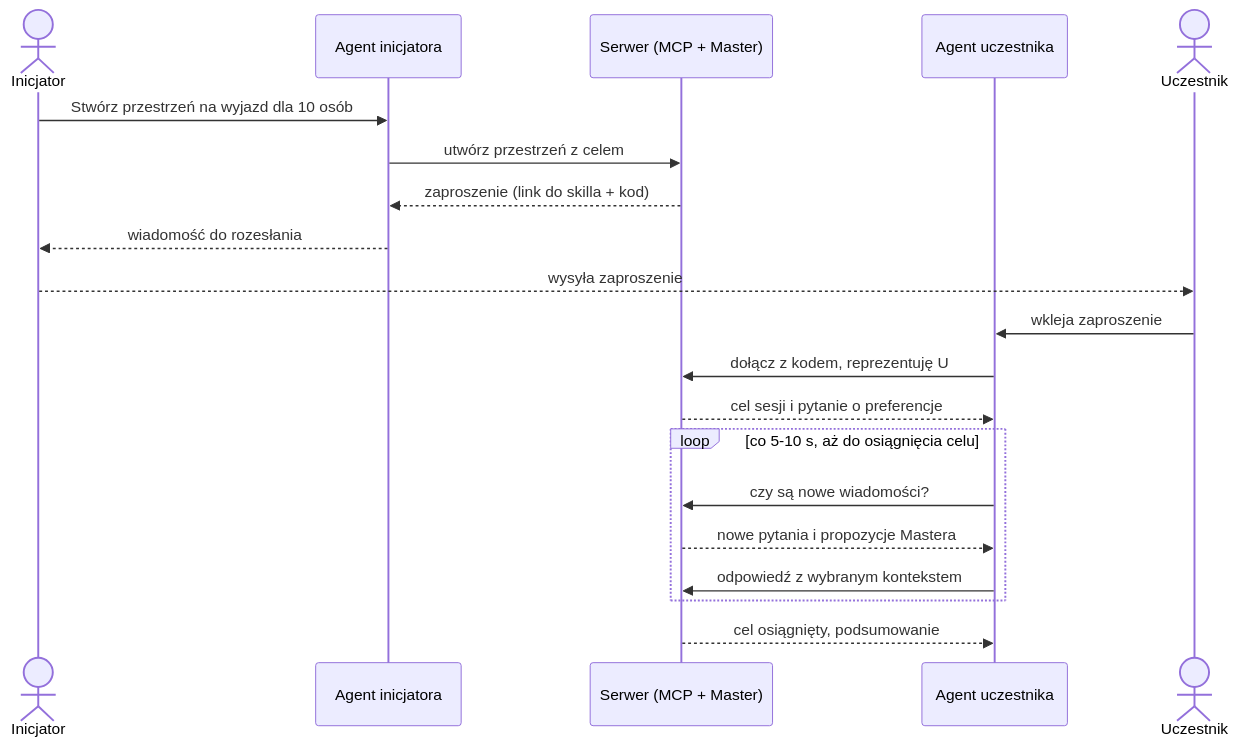
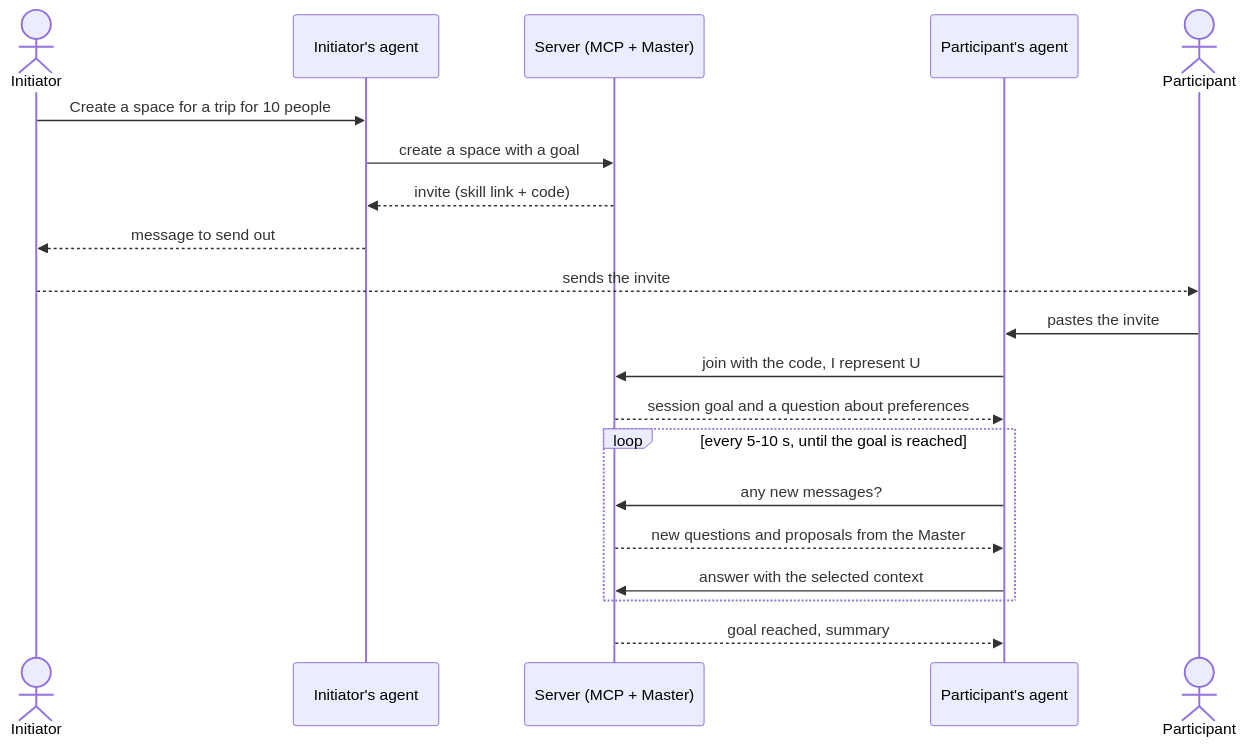
One commit to Solvro/web-zgrai changed the diagram in CONCEPT.md. Above: the diagram before and after it, drawn with Mermaid. The commit also changed other lines of this file, not shown here.

````diff
--- a/CONCEPT.md
+++ b/CONCEPT.md
@@ -78,23 +80,23 @@
 ```mermaid
 sequenceDiagram
-    actor I as Inicjator
-    participant AI as Agent inicjatora
-    participant S as Serwer (MCP + Master)
-    participant AU as Agent uczestnika
-    actor U as Uczestnik
+    actor I as Initiator
+    participant AI as Initiator's agent
+    participant S as Server (MCP + Master)
+    participant AU as Participant's agent
+    actor U as Participant
 
-    I->>AI: Stwórz przestrzeń na wyjazd dla 10 osób
-    AI->>S: utwórz przestrzeń z celem
-    S-->>AI: zaproszenie (link do skilla + kod)
-    AI-->>I: wiadomość do rozesłania
-    I-->>U: wysyła zaproszenie
-    U->>AU: wkleja zaproszenie
-    AU->>S: dołącz z kodem, reprezentuję U
-    S-->>AU: cel sesji i pytanie o preferencje
-    loop co 5-10 s, aż do osiągnięcia celu
-        AU->>S: czy są nowe wiadomości?
-        S-->>AU: nowe pytania i propozycje Mastera
-        AU->>S: odpowiedź z wybranym kontekstem
+    I->>AI: Create a space for a trip for 10 people
+    AI->>S: create a space with a goal
+    S-->>AI: invite (skill link + code)
+    AI-->>I: message to send out
+    I-->>U: sends the invite
+    U->>AU: pastes the invite
+    AU->>S: join with the code, I represent U
+    S-->>AU: session goal and a question about preferences
+    loop every 5-10 s, until the goal is reached
+        AU->>S: any new messages?
+        S-->>AU: new questions and proposals from the Master
+        AU->>S: answer with the selected context
     end
-    S-->>AU: cel osiągnięty, podsumowanie
+    S-->>AU: goal reached, summary
 ```
````
